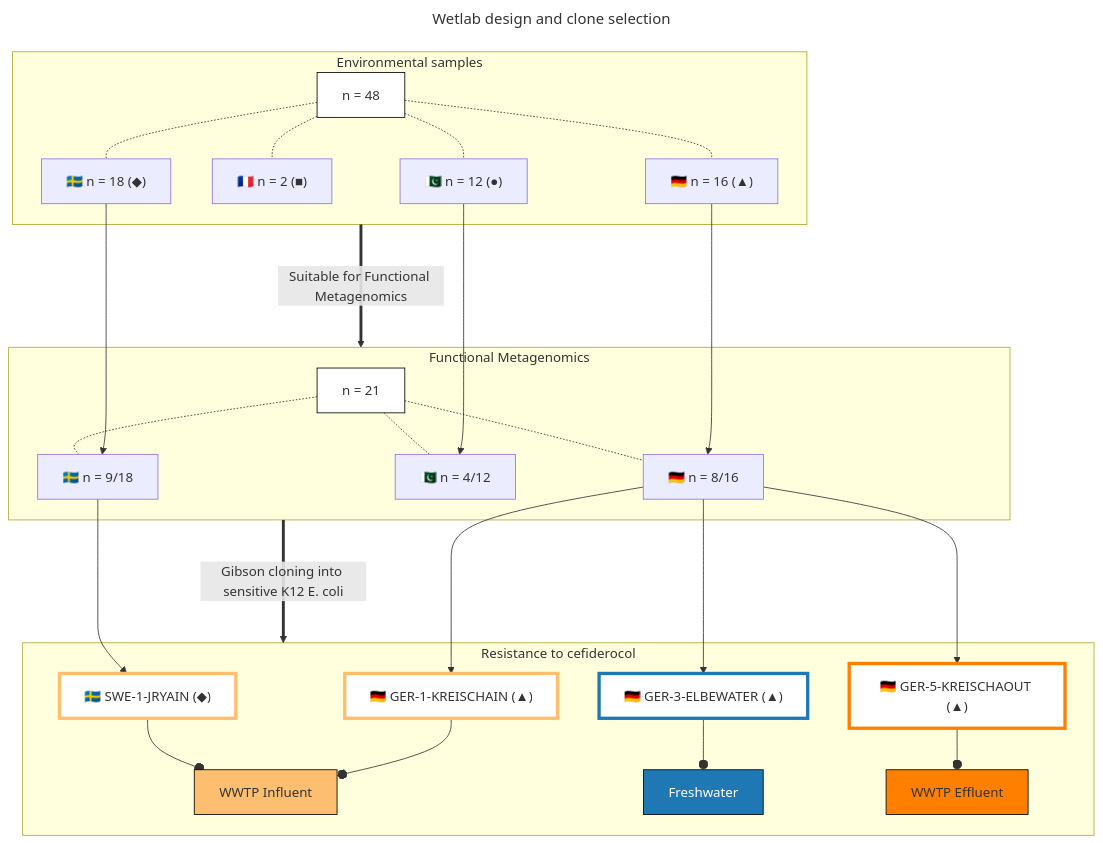
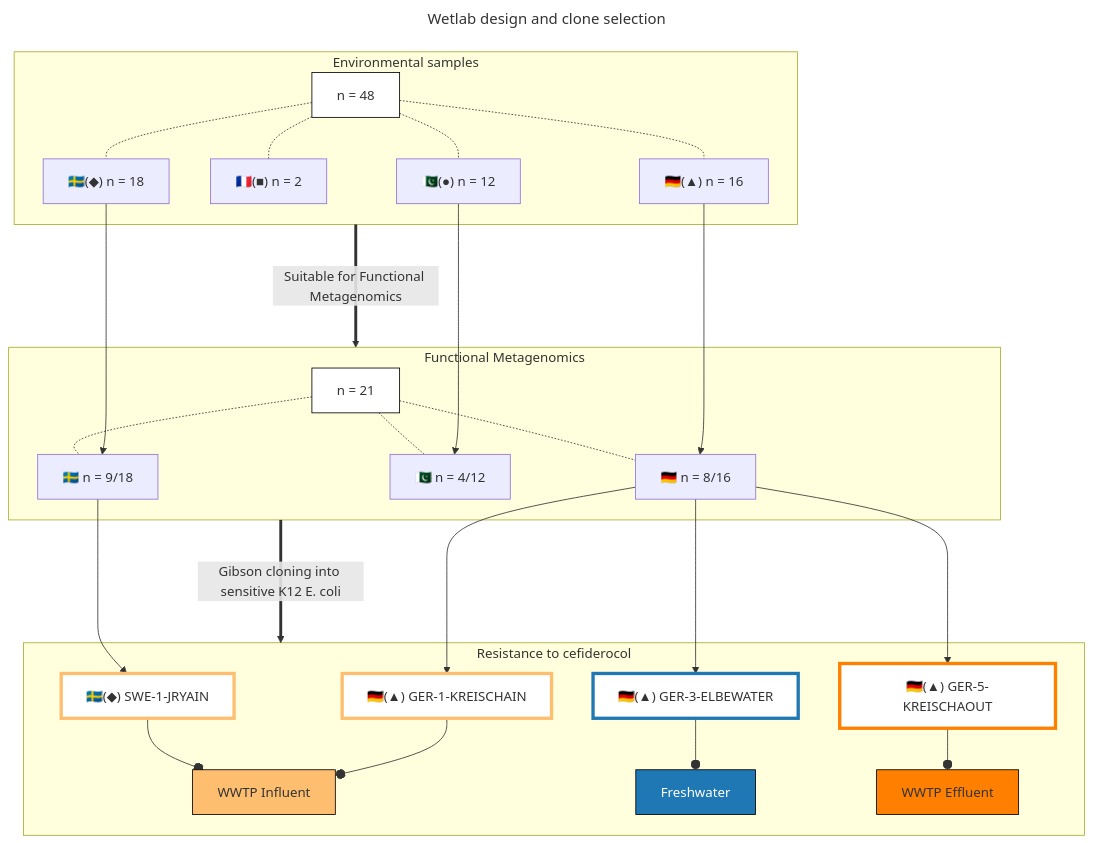
Before and after one commit to RemiGSC/Mgf_FDC: the first of 2 diagrams in README.md, drawn with Mermaid.

````diff
--- a/README.md
+++ b/README.md
@@ -9,54 +9,54 @@
 ```mermaid
 ---
 title: Wetlab design and clone selection
 ---
 flowchart TD
 	subgraph ev [Environmental samples]
-		A[n = 48] -.- A1["🇸🇪 n = 18 (◆)"]
-		A -.- A2["🇫🇷 n = 2 (■)"]
-		A -.- A3["🇩🇪 n = 16 (▲)"]
-		A -.- A4["🇵🇰 n = 12 (●)"]
+		A[n = 48] -.- A1["🇸🇪(◆) n = 18"]
+		A -.- A2["🇫🇷(■) n = 2"]
+		A -.- A3["🇩🇪(▲) n = 16"]
+		A -.- A4["🇵🇰(●) n = 12"]
 	end
 
 	subgraph fmg [Functional Metagenomics]
 		B[n = 21] -.- B1[🇸🇪 n = 9/18]
 		B -.- B3[🇩🇪 n = 8/16]
 		B -.- B4[🇵🇰 n = 4/12]
 	end
 
 	subgraph Rcef [Resistance to cefiderocol]
-			C1["🇸🇪 SWE-1-JRYAIN (◆)"] --o WWIN[WWTP Influent]
-			C3a["🇩🇪 GER-1-KREISCHAIN (▲)"] --o WWIN[WWTP Influent]
-			C3b["🇩🇪 GER-3-ELBEWATER (▲)"] --o Fresh[Freshwater]
-			C3c["🇩🇪 GER-5-KREISCHAOUT (▲)"] --o WWEF[WWTP Effluent]
+			C1["🇸🇪(◆) SWE-1-JRYAIN"] --o WWIN[WWTP Influent]
+			C3a["🇩🇪(▲) GER-1-KREISCHAIN"] --o WWIN[WWTP Influent]
+			C3b["🇩🇪(▲) GER-3-ELBEWATER"] --o Fresh[Freshwater]
+			C3c["🇩🇪(▲) GER-5-KREISCHAOUT"] --o WWEF[WWTP Effluent]
 	end
 
 
 ev ==>|Suitable for Functional Metagenomics| fmg
 
 fmg ==>|Gibson cloning into sensitive K12 E. coli| Rcef
 
 A1 ----> B1
 A3 ----> B3
 A4 ----> B4
 
 B1 ---> C1
 B3 ---> C3a
 B3 ---> C3b
 B3 ---> C3c
 
 style A stroke:#000,fill:#fff
 style B stroke:#000,fill:#fff
 
 style C1 stroke:#fdbf6f,fill:#fff,stroke-width:4px
 style C3a stroke:#fdbf6f,fill:#fff,stroke-width:4px
 style C3b stroke:#1f78b4,fill:#fff,stroke-width:4px
 style C3c stroke:#ff7f00,fill:#fff,stroke-width:4px
 
 
 style WWIN stroke:#000,fill:#fdbf6f
 style Fresh stroke:#000,fill:#1f78b4,color:#fff
 style WWEF stroke:#000,fill:#ff7f00
 
 
 ```
````
